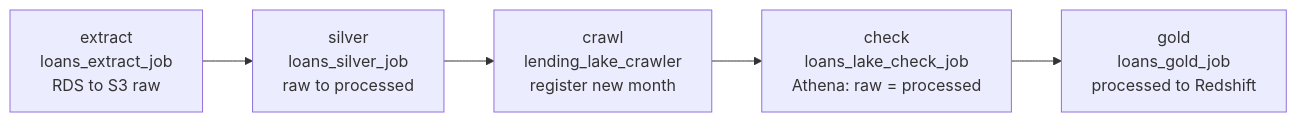
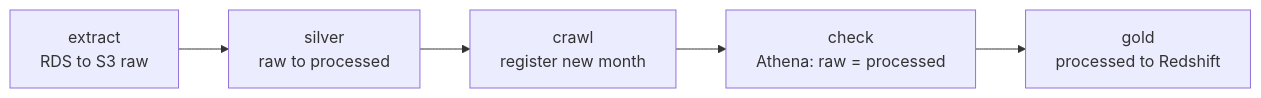
The diagram in 04_orchestration/README.md (ajaychandra-a-s/credit-risk-monitoring-us-consumer-loans), drawn with Mermaid before and after one commit. The commit also changed other lines of this file and 4 other files, not shown here.

````diff
--- a/04_orchestration/README.md
+++ b/04_orchestration/README.md
@@ -9,7 +9,7 @@
 ```mermaid
 flowchart LR
-    E["extract<br/>loans_extract_job<br/>RDS to S3 raw"] --> S["silver<br/>loans_silver_job<br/>raw to processed"]
-    S --> C["crawl<br/>lending_lake_crawler<br/>register new month"]
-    C --> Q["check<br/>loans_lake_check_job<br/>Athena: raw = processed"]
-    Q --> G["gold<br/>loans_gold_job<br/>processed to Redshift"]
+    E["extract<br/>RDS to S3 raw"] --> S["silver<br/>raw to processed"]
+    S --> C["crawl<br/>register new month"]
+    C --> Q["check<br/>Athena: raw = processed"]
+    Q --> G["gold<br/>processed to Redshift"]
 ```
````
